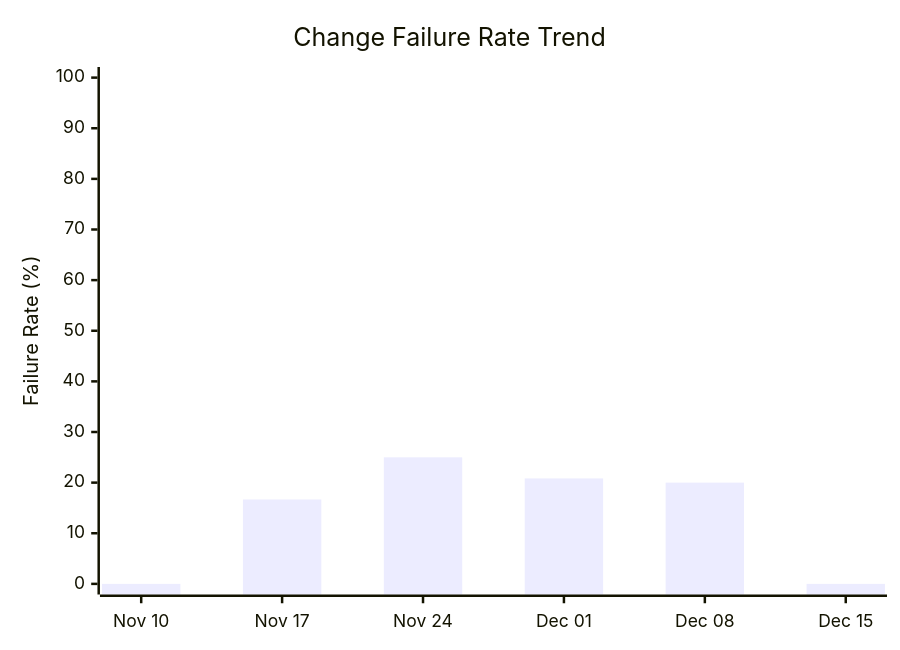
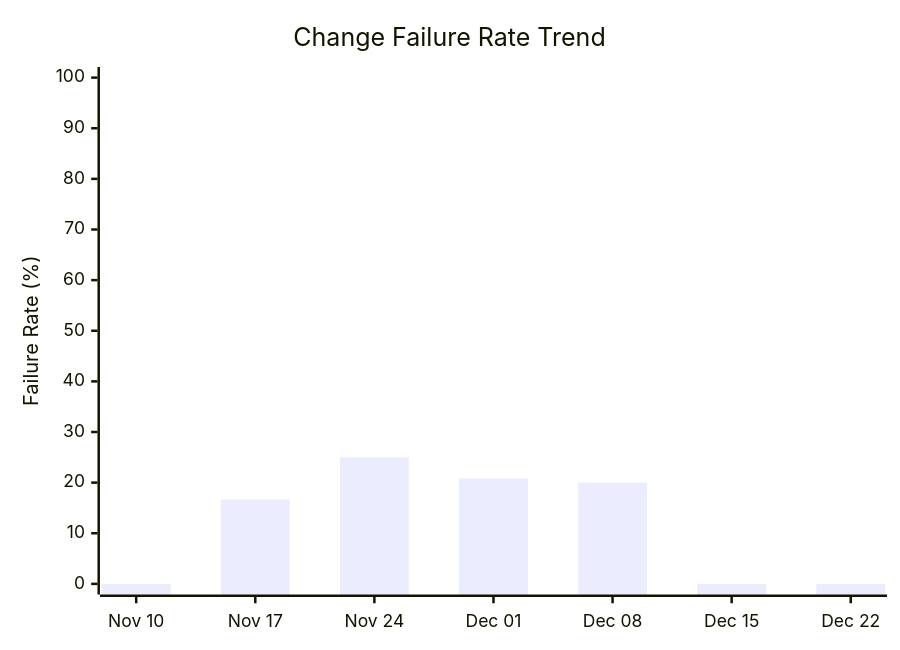
The fourth of 4 diagrams in docs/ci-cd/dora-summary.md (ukma-cs-ssdm-2025/rate-ukma), drawn with Mermaid before and after one commit. The commit also changed other lines of this file, not shown here.

````diff
--- a/docs/ci-cd/dora-summary.md
+++ b/docs/ci-cd/dora-summary.md
@@ -64,7 +65,7 @@
 ```mermaid
 xychart-beta
     title "Change Failure Rate Trend"
-    x-axis ["Nov 10", "Nov 17", "Nov 24", "Dec 01", "Dec 08", "Dec 15"]
+    x-axis ["Nov 10", "Nov 17", "Nov 24", "Dec 01", "Dec 08", "Dec 15", "Dec 22"]
     y-axis "Failure Rate (%)" 0 --> 100
-    bar [0.00, 16.67, 25.00, 20.83, 20.00, 0.00]
+    bar [0.00, 16.67, 25.00, 20.83, 20.00, 0.00, 0.00]
 ```
````
